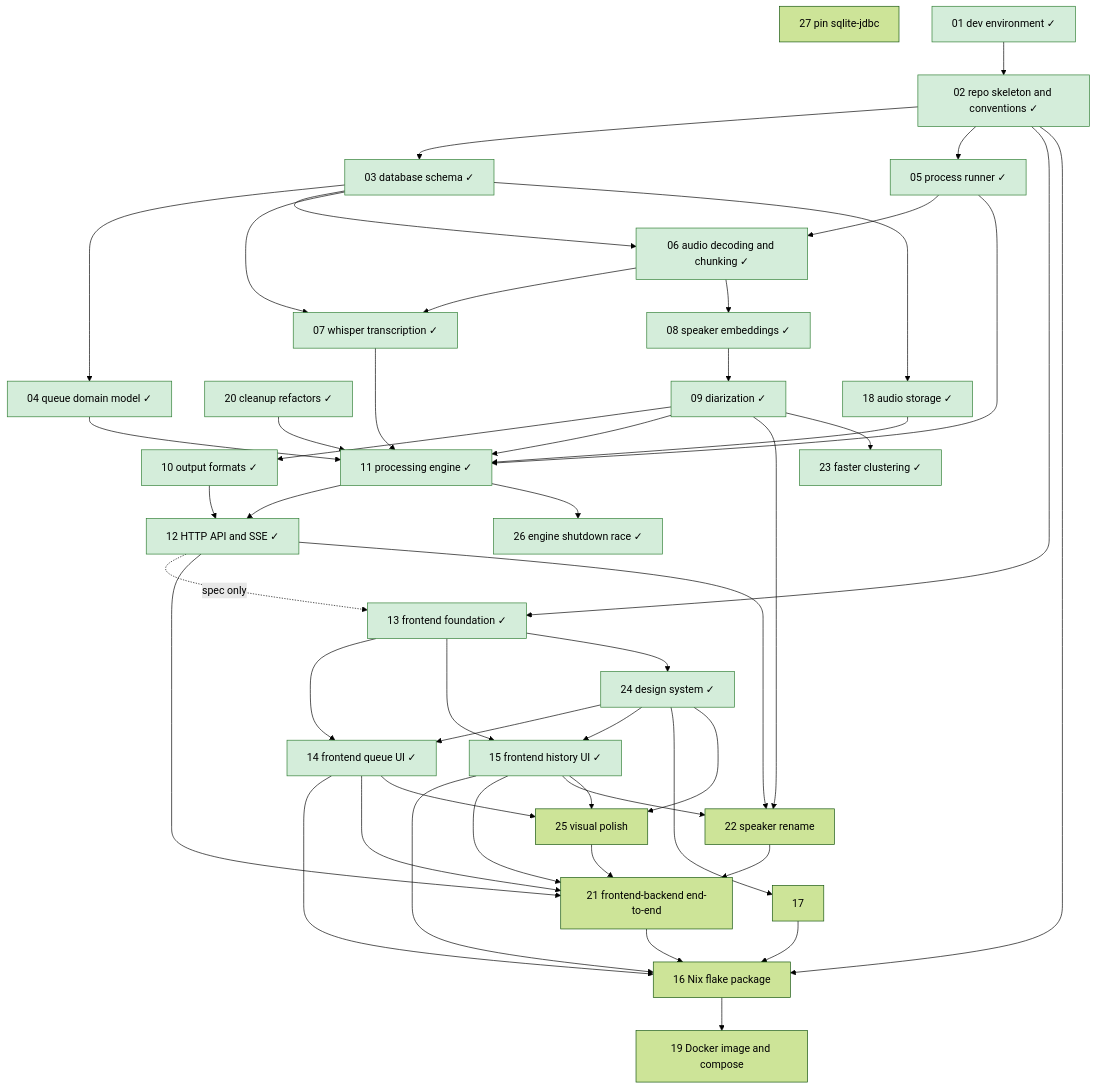
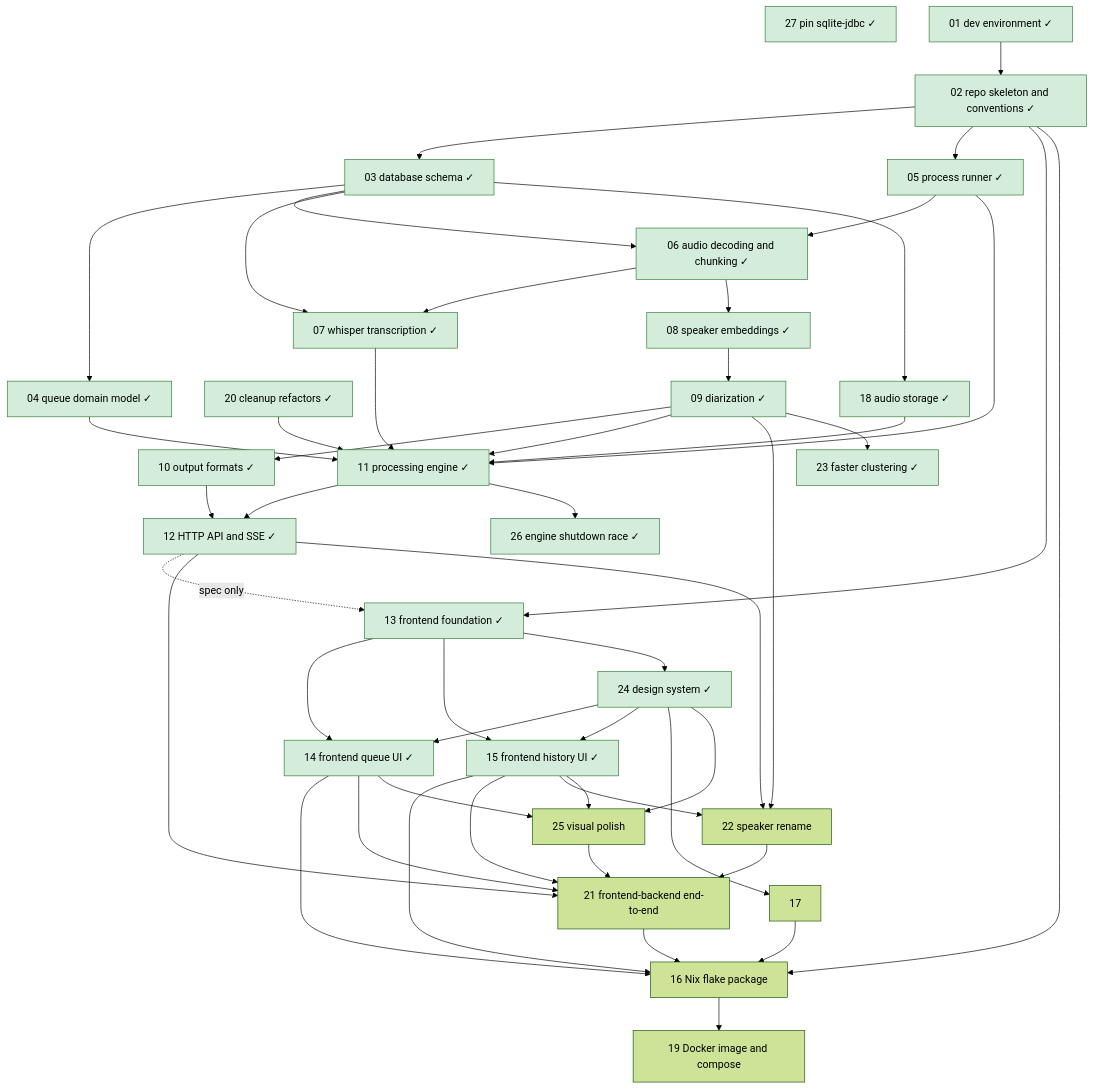
Before and after one commit to lulu-berlin/speech-to-text-app: the diagram in roadmap/README.md, drawn with Mermaid (forest theme). The commit also changed other lines of this file and 1 other file, not shown here.

Commit message:
Complete roadmap item 27: move spec to docs/specs/sqlite-jdbc-pin.md

````diff
--- a/roadmap/README.md
+++ b/roadmap/README.md
@@ -17,53 +17,53 @@
 ```mermaid
 graph TD
   01[01 dev environment ✓]:::done --> 02[02 repo skeleton and conventions ✓]:::done
   02 --> 03[03 database schema ✓]:::done
   03 --> 04[04 queue domain model ✓]:::done
   02 --> 05[05 process runner ✓]:::done
   05 --> 06[06 audio decoding and chunking ✓]:::done
   03 --> 06
   06 --> 07[07 whisper transcription ✓]:::done
   03 --> 07
   06 --> 08[08 speaker embeddings ✓]:::done
   08 --> 09[09 diarization ✓]:::done
   09 --> 10[10 output formats ✓]:::done
   04 --> 11[11 processing engine ✓]:::done
   05 --> 11
   07 --> 11
   09 --> 11
   03 --> 18[18 audio storage ✓]:::done
   18 --> 11
   20 --> 11
   11 --> 12[12 HTTP API and SSE ✓]:::done
   10 --> 12
   02 --> 13[13 frontend foundation ✓]:::done
   12 -. spec only .-> 13
   13 --> 14[14 frontend queue UI ✓]:::done
   13 --> 15[15 frontend history UI ✓]:::done
   02 --> 16[16 Nix flake package]
   14 --> 16
   15 --> 16
   17 --> 16
   20[20 cleanup refactors ✓]:::done
   12 --> 21[21 frontend-backend end-to-end]
   14 --> 21
   15 --> 21
   22 --> 21
   25 --> 21
   16 --> 19[19 Docker image and compose]
   21 --> 16
   09 --> 22[22 speaker rename]
   12 --> 22
   15 --> 22
   09 --> 23[23 faster clustering ✓]:::done
   13 --> 24[24 design system ✓]:::done
   24 --> 14
   24 --> 15
   24 --> 17
   24 --> 25[25 visual polish]
   14 --> 25
   15 --> 25
   11 --> 26[26 engine shutdown race ✓]:::done
-  27[27 pin sqlite-jdbc]
+  27[27 pin sqlite-jdbc ✓]:::done
   classDef done fill:#d4edda,stroke:#2e7d32
 ```
````
